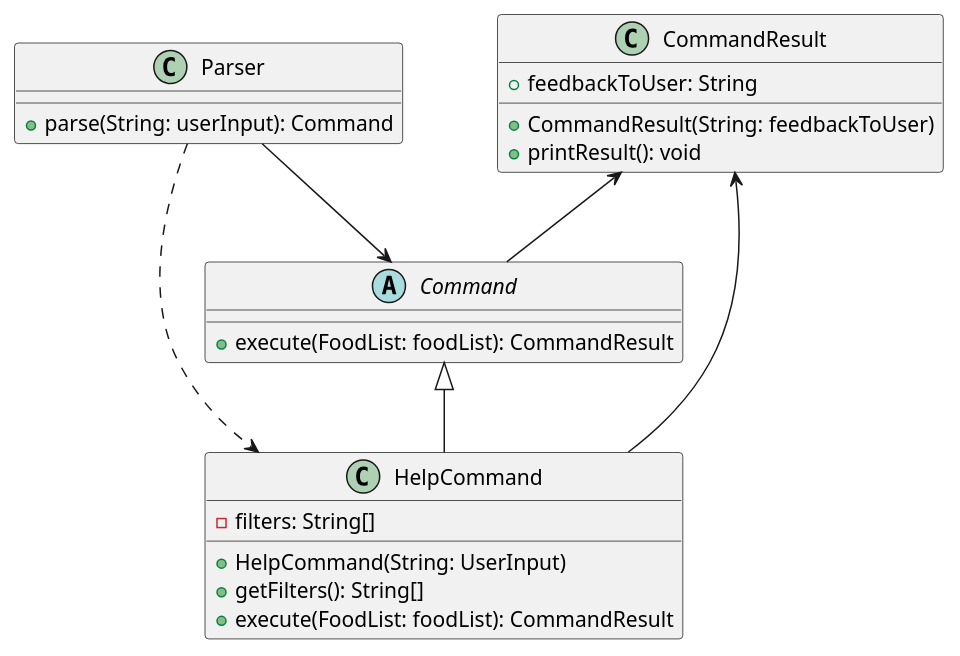
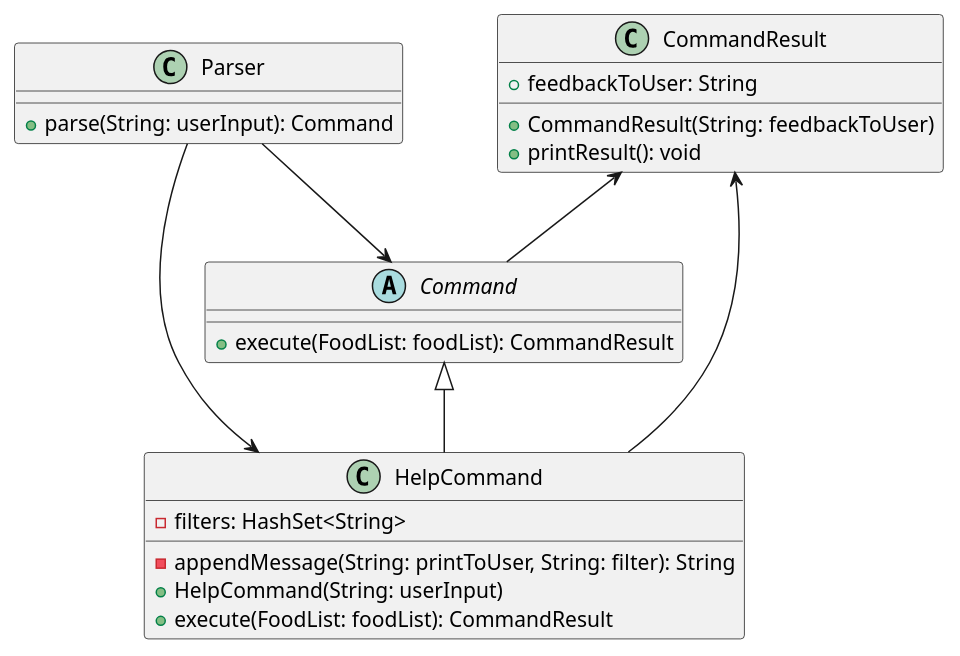
Before and after one commit to tsx0314/tp: the diagram in docs/puml/HelpCommandClassDiagram.puml, drawn with PlantUML. The commit also changed 4 other files, not shown here.

Commit message:
Update developer guide for HelpCommand

```diff
--- a/docs/puml/HelpCommandClassDiagram.puml
+++ b/docs/puml/HelpCommandClassDiagram.puml
@@ -1,31 +1,32 @@
 @startuml
 'https://plantuml.com/class-diagram
 
-Parser ..> HelpCommand
+Parser --> HelpCommand
 Parser --> Command
 class Parser {
     +parse(String: userInput): Command
 }
 
 CommandResult <-- Command
 abstract class Command {
     +execute(FoodList: foodList): CommandResult
 }
 
 CommandResult <-- HelpCommand
 class CommandResult {
     +feedbackToUser: String
     +CommandResult(String: feedbackToUser)
     +printResult(): void
 }
 
 Command <|-- HelpCommand
 class HelpCommand {
-    -filters: String[]
-    +HelpCommand(String: UserInput)
-    +getFilters(): String[]
+    -filters: HashSet<String>
+    -appendMessage(String: printToUser, String: filter): String
+    +HelpCommand(String: userInput)
     +execute(FoodList: foodList): CommandResult
+
 
 }
 
 @enduml
```
